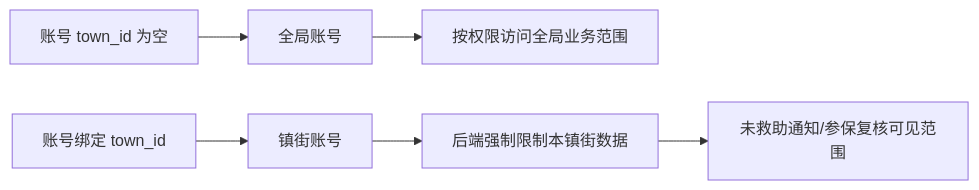
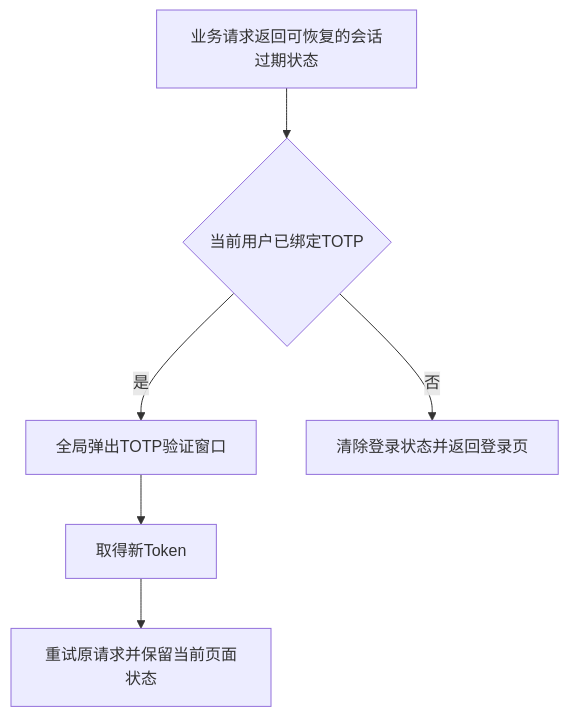
One commit to kongzhiao/tools-vue changed the second of 4 diagrams in docs/系统用户管理/业务流程图解.md. Above: the diagram before and after it, drawn with Mermaid. The commit also changed other lines of this file and 29 other files, not shown here.

````diff
--- a/docs/系统用户管理/业务流程图解.md
+++ b/docs/系统用户管理/业务流程图解.md
@@ -42,8 +20,8 @@
 ```mermaid
-flowchart LR
-    A["账号 town_id 为空"] --> B["全局账号"]
-    B --> C["按权限访问全局业务范围"]
-    D["账号绑定 town_id"] --> E["镇街账号"]
-    E --> F["后端强制限制本镇街数据"]
-    F --> G["未救助通知/参保复核可见范围"]
+flowchart TD
+    A["业务请求返回可恢复的会话过期状态"] --> B{"当前用户已绑定TOTP"}
+    B -- "是" --> C["全局弹出TOTP验证窗口"]
+    C --> D["取得新Token"]
+    D --> E["重试原请求并保留当前页面状态"]
+    B -- "否" --> F["清除登录状态并返回登录页"]
 ```
````
